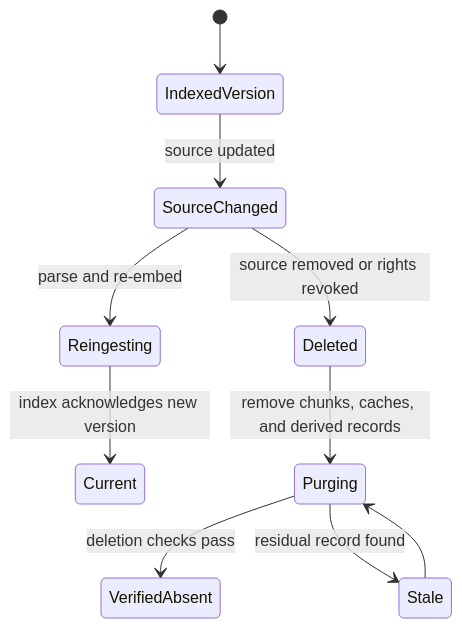
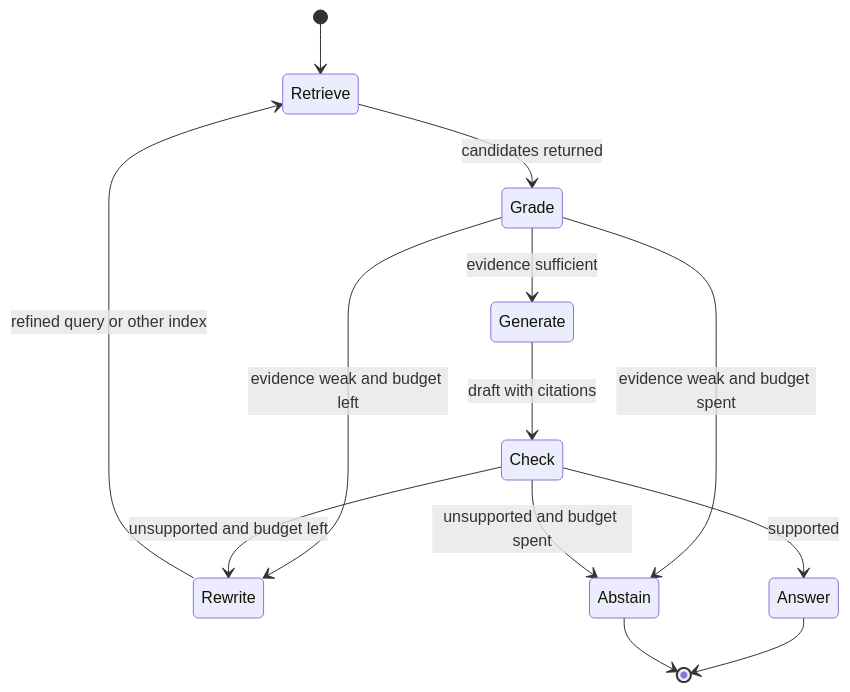
One commit to joydasss/Architect changed diagram 15 of 23 in 16_AI_and_GenAI/CH18_RAG_Architecture.md. Above: the diagram before and after it, drawn with Mermaid. The commit also changed other lines of this file and 295 other files, not shown here.

````diff
--- a/16_AI_and_GenAI/CH18_RAG_Architecture.md
+++ b/16_AI_and_GenAI/CH18_RAG_Architecture.md
@@ -111,12 +981,15 @@
 ```mermaid
 stateDiagram-v2
-    [*] --> IndexedVersion
-    IndexedVersion --> SourceChanged: source updated
-    SourceChanged --> Reingesting: parse and re-embed
-    Reingesting --> Current: index acknowledges new version
-    SourceChanged --> Deleted: source removed or rights revoked
-    Deleted --> Purging: remove chunks, caches, and derived records
-    Purging --> VerifiedAbsent: deletion checks pass
-    Purging --> Stale: residual record found
-    Stale --> Purging
+    [*] --> Retrieve
+    Retrieve --> Grade: candidates returned
+    Grade --> Generate: evidence sufficient
+    Grade --> Rewrite: evidence weak and budget left
+    Grade --> Abstain: evidence weak and budget spent
+    Rewrite --> Retrieve: refined query or other index
+    Generate --> Check: draft with citations
+    Check --> Answer: supported
+    Check --> Rewrite: unsupported and budget left
+    Check --> Abstain: unsupported and budget spent
+    Answer --> [*]
+    Abstain --> [*]
 ```
````
